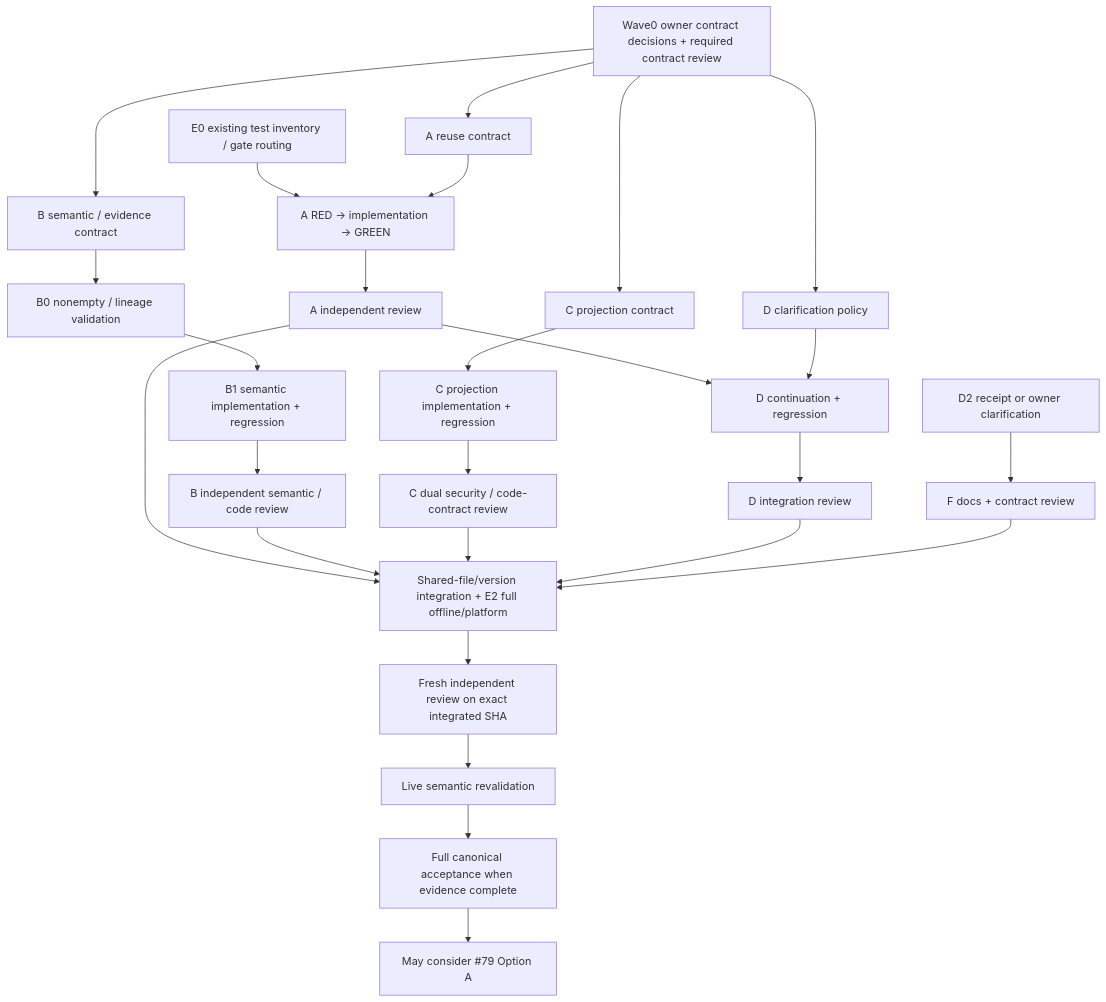
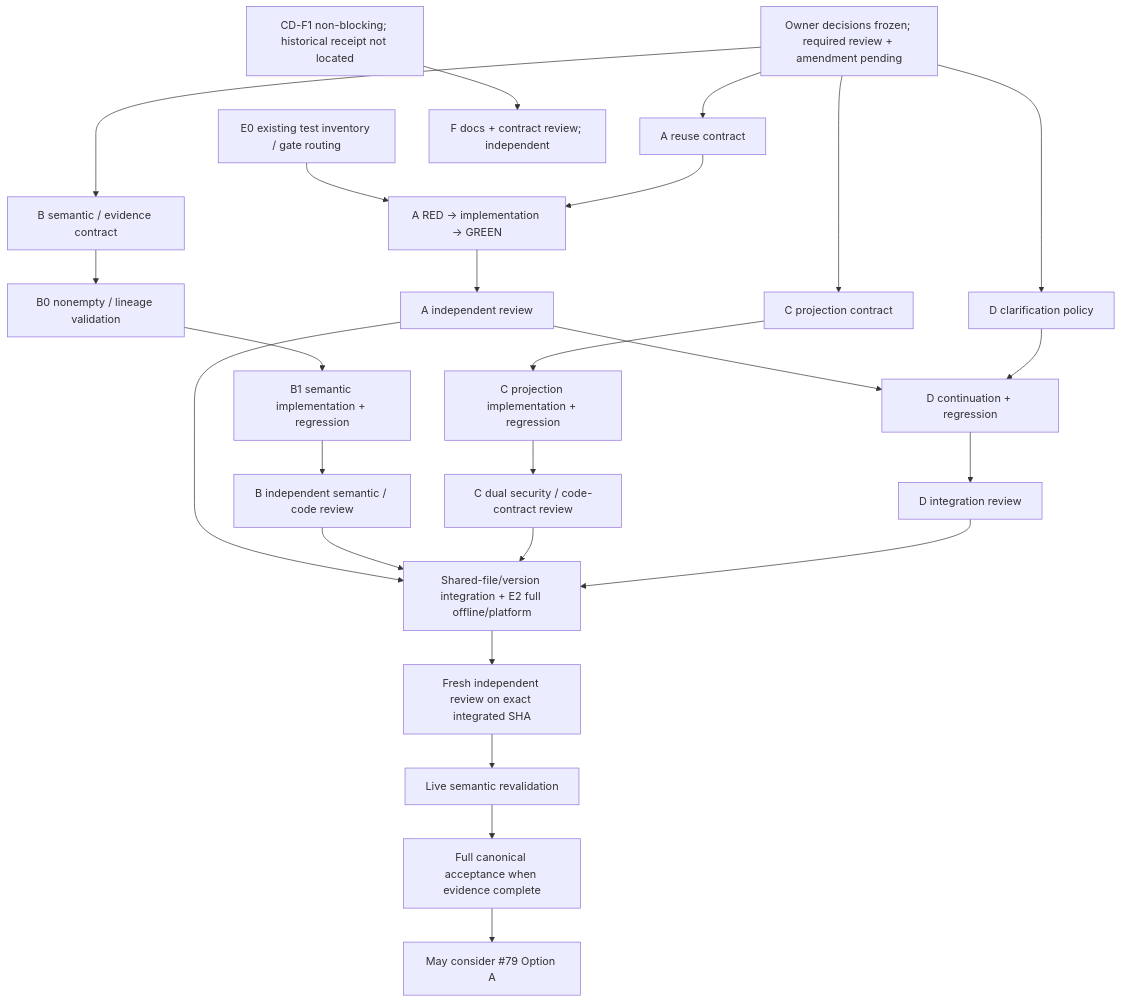
Before and after one commit to FlapPearLabs/zhihu-grabber-toolkit: the second of 2 diagrams in docs/audits/2026-09-19-scoped-repair-plan/SCOPED_REPAIR_PLAN.md, drawn with Mermaid. The commit also changed other lines of this file and 4 other files, not shown here.

Commit message:
docs(audit): freeze owner repair contract decisions

````diff
--- a/docs/audits/2026-09-19-scoped-repair-plan/SCOPED_REPAIR_PLAN.md
+++ b/docs/audits/2026-09-19-scoped-repair-plan/SCOPED_REPAIR_PLAN.md
@@ -437,28 +441,27 @@
 ```mermaid
 flowchart TD
-  CD[Wave0 owner contract decisions + required contract review] --> AC[A reuse contract]
+  CD[Owner decisions frozen; required review + amendment pending] --> AC[A reuse contract]
   CD --> BC[B semantic / evidence contract]
   CD --> CC[C projection contract]
   CD --> DC[D clarification policy]
   E0[E0 existing test inventory / gate routing] --> A[A RED → implementation → GREEN]
   AC --> A
   BC --> B0[B0 nonempty / lineage validation]
   B0 --> B[B1 semantic implementation + regression]
   CC --> C[C projection implementation + regression]
   A --> AR[A independent review]
   AR --> D[D continuation + regression]
   DC --> D
   B --> BR[B independent semantic / code review]
   C --> CR[C dual security / code-contract review]
   D --> DR[D integration review]
-  FR[D2 receipt or owner clarification] --> F[F docs + contract review]
+  FR[CD-F1 non-blocking; historical receipt not located] --> F[F docs + contract review; independent]
   AR --> I[Shared-file/version integration + E2 full offline/platform]
   BR --> I
   CR --> I
   DR --> I
-  F --> I
   I --> IR[Fresh independent review on exact integrated SHA]
   IR --> SR[Live semantic revalidation]
   SR --> CA[Full canonical acceptance when evidence complete]
   CA --> N[May consider #79 Option A]
 ```
````
